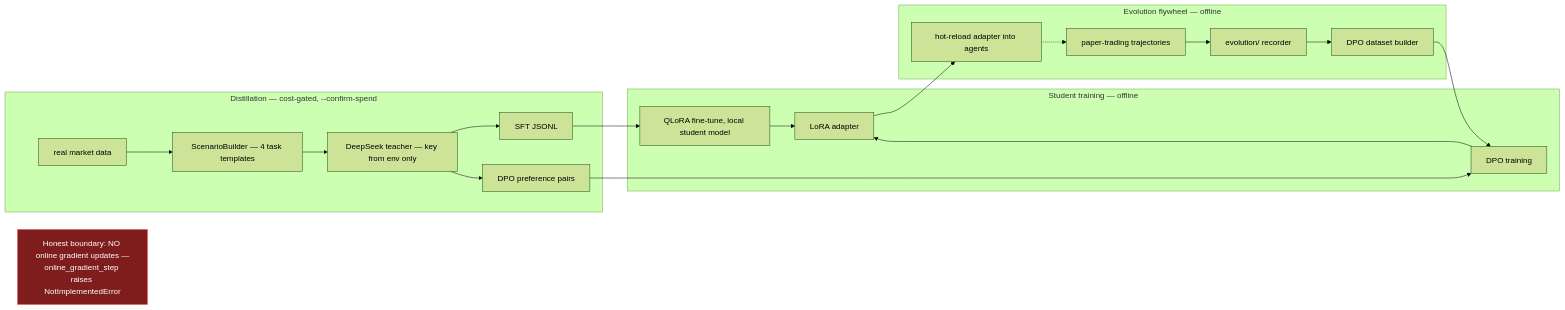
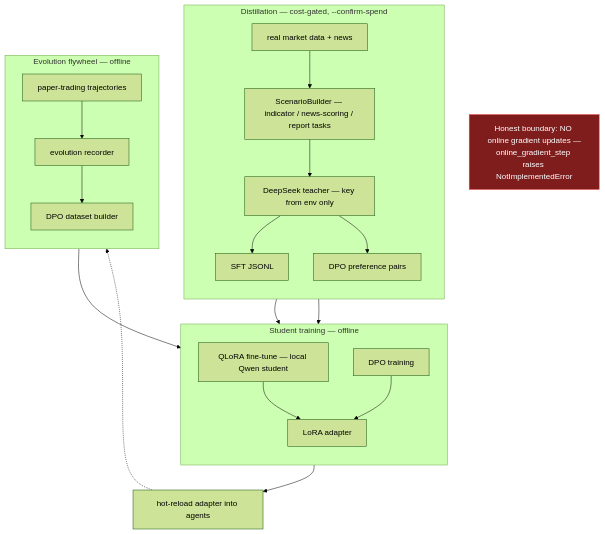
Before and after one commit to C0k11/stock-share-Helper: the third of 4 diagrams in README.md, drawn with Mermaid (forest theme). The commit also changed other lines of this file, not shown here.

Commit message:
README: fix mermaid rendering on GitHub - agent chain and data stack

````diff
--- a/README.md
+++ b/README.md
@@ -136,24 +136,27 @@
 ```mermaid
-flowchart LR
+flowchart TB
     subgraph DISTILL["Distillation — cost-gated, --confirm-spend"]
-        MKT["real market data"] --> SCN["ScenarioBuilder — 4 task templates"]
+        direction TB
+        MKT["real market data + news"] --> SCN["ScenarioBuilder — indicator / news-scoring / report tasks"]
         SCN --> TCH["DeepSeek teacher — key from env only"]
         TCH --> SFT["SFT JSONL"]
         TCH --> DPD["DPO preference pairs"]
     end
     subgraph TRAIN["Student training — offline"]
-        SFT --> QLR["QLoRA fine-tune, local student model"]
-        DPD --> DPO["DPO training"]
-        QLR --> ADP["LoRA adapter"]
-        DPO --> ADP
+        direction TB
+        QLR["QLoRA fine-tune — local Qwen student"] --> ADP["LoRA adapter"]
+        DPO["DPO training"] --> ADP
     end
     subgraph FLYWHEEL["Evolution flywheel — offline"]
-        TRJ["paper-trading trajectories"] --> REC["evolution/ recorder"]
+        direction TB
+        TRJ["paper-trading trajectories"] --> REC["evolution recorder"]
         REC --> DSB["DPO dataset builder"]
-        DSB --> DPO
-        ADP --> HOT["hot-reload adapter into agents"]
-        HOT -.-> TRJ
     end
+    SFT --> QLR
+    DPD --> DPO
+    DSB --> DPO
+    ADP --> HOT["hot-reload adapter into agents"]
+    HOT -.-> TRJ
     BND["Honest boundary: NO online gradient updates —<br/>online_gradient_step raises NotImplementedError"]
     style BND fill:#7f1d1d,color:#fff,stroke:#ef5350
 ```
````
